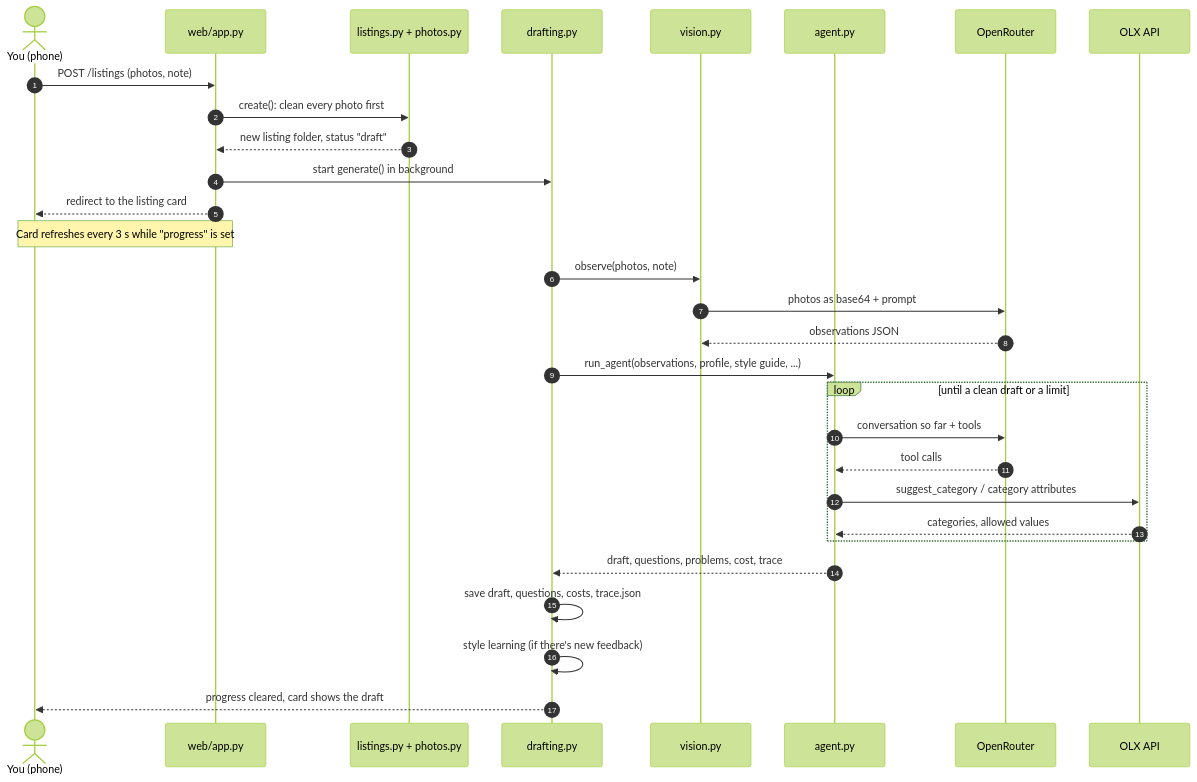
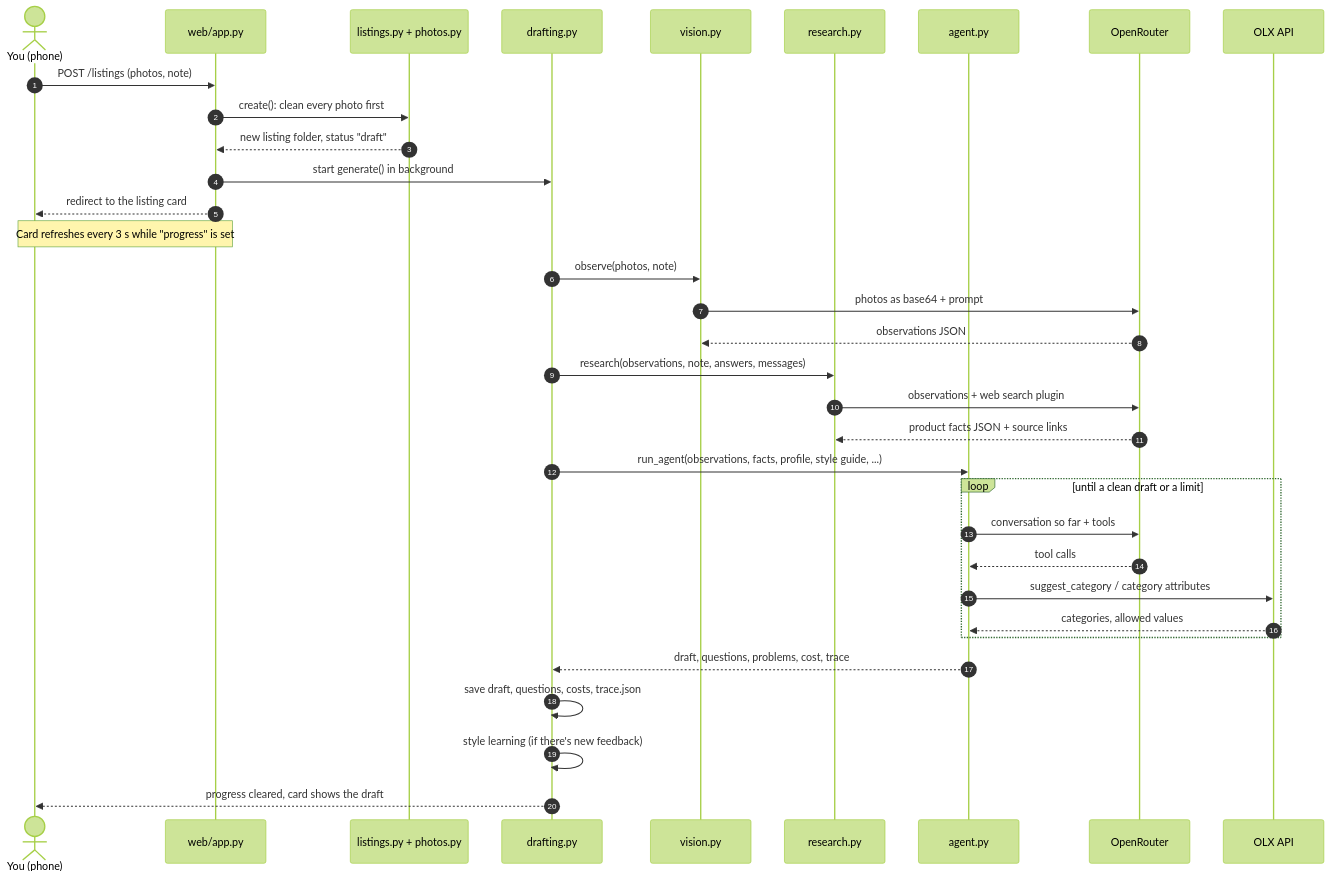
One commit to hsavovski/olx-auto changed the third of 6 diagrams in docs/GUIDE.md. Above: the diagram before and after it, drawn with Mermaid (forest theme). The commit also changed other lines of this file and 14 other files, not shown here.

First line of the commit message:
Look up the product on the web before drafting

````diff
--- a/docs/GUIDE.md
+++ b/docs/GUIDE.md
@@ -128,33 +132,37 @@
 ```mermaid
 sequenceDiagram
   autonumber
   actor You as You (phone)
   participant Web as web/app.py
   participant L as listings.py + photos.py
   participant D as drafting.py
   participant V as vision.py
+  participant R as research.py
   participant A as agent.py
   participant AI as OpenRouter
   participant OLX as OLX API
 
   You->>Web: POST /listings (photos, note)
   Web->>L: create(): clean every photo first
   L-->>Web: new listing folder, status "draft"
   Web->>D: start generate() in background
   Web-->>You: redirect to the listing card
   Note over You,Web: Card refreshes every 3 s while "progress" is set
   D->>V: observe(photos, note)
   V->>AI: photos as base64 + prompt
   AI-->>V: observations JSON
-  D->>A: run_agent(observations, profile, style guide, ...)
+  D->>R: research(observations, note, answers, messages)
+  R->>AI: observations + web search plugin
+  AI-->>R: product facts JSON + source links
+  D->>A: run_agent(observations, facts, profile, style guide, ...)
   loop until a clean draft or a limit
     A->>AI: conversation so far + tools
     AI-->>A: tool calls
     A->>OLX: suggest_category / category attributes
     OLX-->>A: categories, allowed values
   end
   A-->>D: draft, questions, problems, cost, trace
   D->>D: save draft, questions, costs, trace.json
   D->>D: style learning (if there's new feedback)
   D-->>You: progress cleared, card shows the draft
 ```
````
